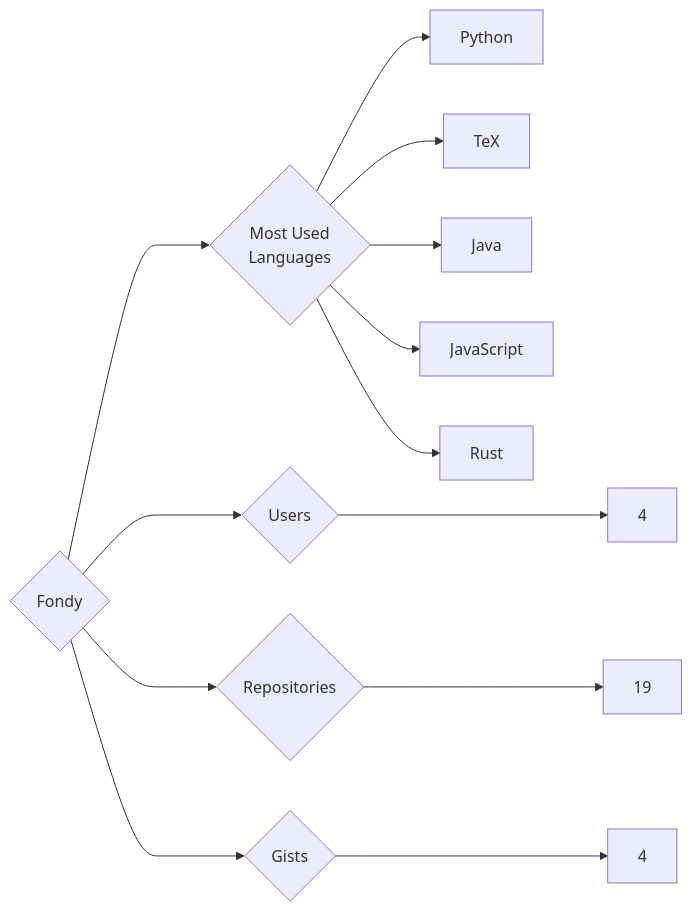
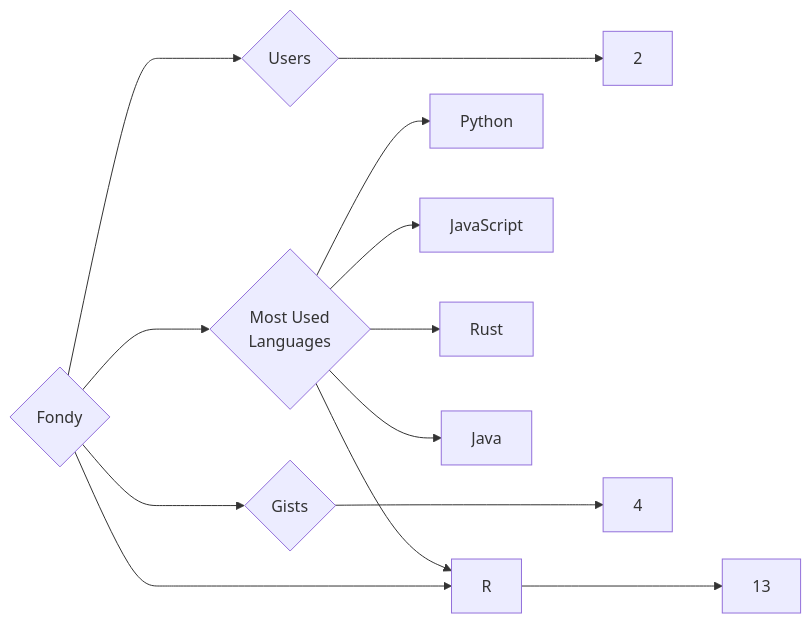
The diagram in targets/Fondy/README.md (trickest/insiders), drawn with Mermaid before and after one commit. The commit also changed 1036 other files, not shown here.

````diff
--- a/targets/Fondy/README.md
+++ b/targets/Fondy/README.md
@@ -3,13 +3,13 @@
 ```mermaid
 graph LR
 COMPANY_NAME{Fondy}
-COMPANY_NAME ---> U{Users} ---> UN[4]
-COMPANY_NAME ---> R{Repositories} ---> RN[19]
+COMPANY_NAME ---> U{Users} ---> UN[2]
+COMPANY_NAME ---> R{Repositories} ---> RN[13]
 COMPANY_NAME ---> G{Gists} ---> GN[4]
 COMPANY_NAME ---> ML{Most Used<br>Languages}
 ML --> Python[Python]
-ML --> TeX[TeX]
-ML --> Java[Java]
 ML --> JavaScript[JavaScript]
 ML --> Rust[Rust]
+ML --> R[R]
+ML --> Java[Java]
 ```
````
